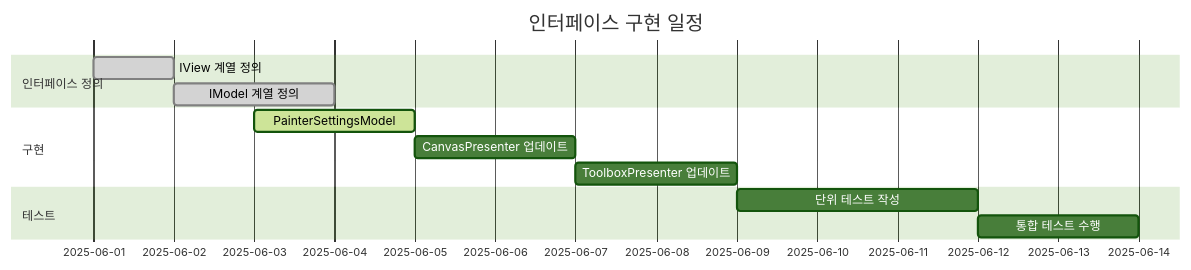
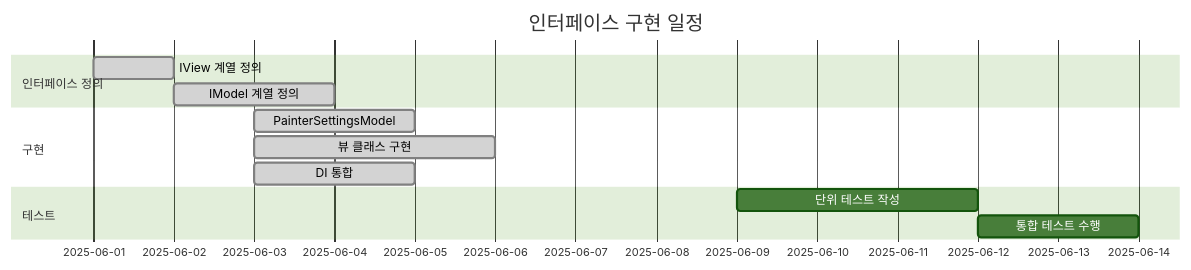
One commit to YunSeoJeong/APainter changed the diagram in docs/development_plan.md. Above: the diagram before and after it, drawn with Mermaid (forest theme). The commit also changed other lines of this file and 40 other files, not shown here.

````diff
--- a/docs/development_plan.md
+++ b/docs/development_plan.md
@@ -35,17 +38,17 @@
 ```mermaid
 gantt
     title 인터페이스 구현 일정
     dateFormat  YYYY-MM-DD
     section 인터페이스 정의
     IView 계열 정의           :done,    des1, 2025-06-01, 1d
     IModel 계열 정의          :done,    des2, 2025-06-02, 2d
     
     section 구현
-    PainterSettingsModel      :active,  des3, 2025-06-03, 2d
-    CanvasPresenter 업데이트   :         des4, 2025-06-05, 2d
-    ToolboxPresenter 업데이트  :         des5, 2025-06-07, 2d
+    PainterSettingsModel      :done,    des3, 2025-06-03, 2d
+    뷰 클래스 구현            :done,    des4, 2025-06-03, 3d
+    DI 통합                   :done,    des5, 2025-06-03, 2d
     
     section 테스트
     단위 테스트 작성           :         des6, 2025-06-09, 3d
     통합 테스트 수행           :         des7, 2025-06-12, 2d
 ```
````
